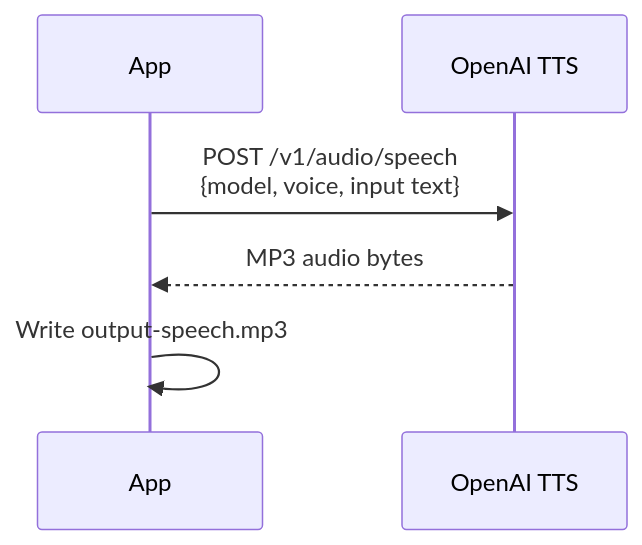
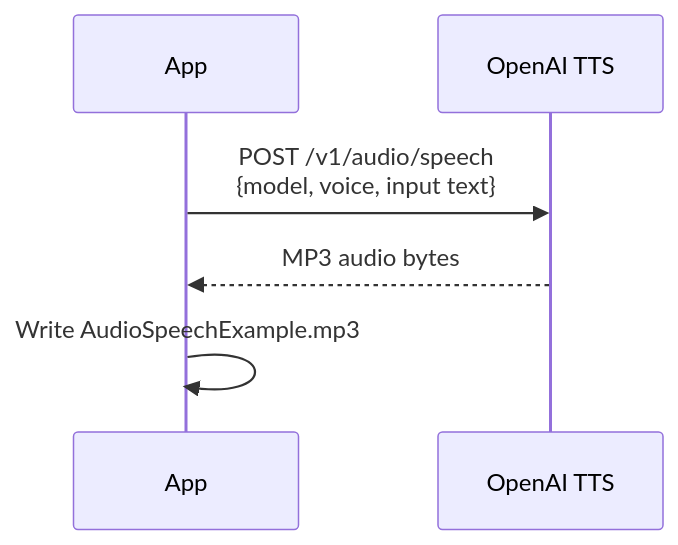
Before and after one commit to Warpguru/JavaOpenAI: the sixth of 9 diagrams in README.md, drawn with Mermaid. The commit also changed other lines of this file and 17 other files, not shown here.

````diff
--- a/README.md
+++ b/README.md
@@ -230,8 +273,8 @@
 ```mermaid
 sequenceDiagram
     participant App
     participant API as OpenAI TTS
     App->>API: POST /v1/audio/speech<br/>{model, voice, input text}
     API-->>App: MP3 audio bytes
-    App->>App: Write output-speech.mp3
+    App->>App: Write AudioSpeechExample.mp3
 ```
````
